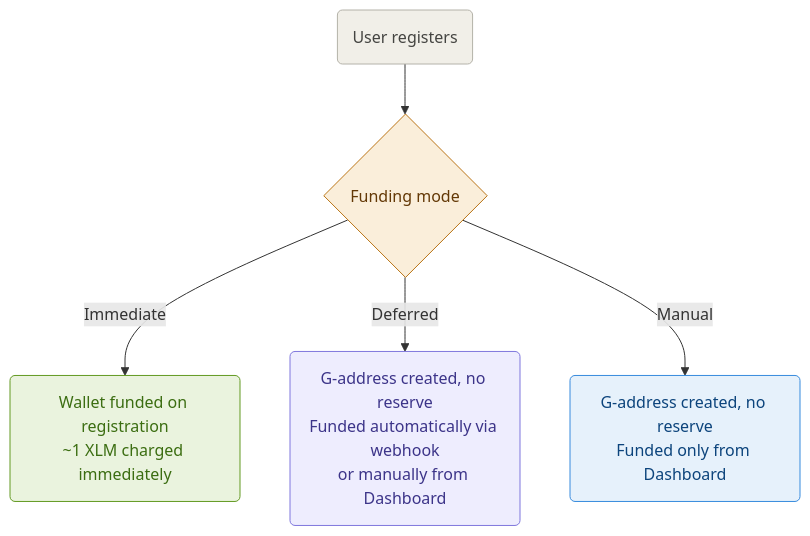
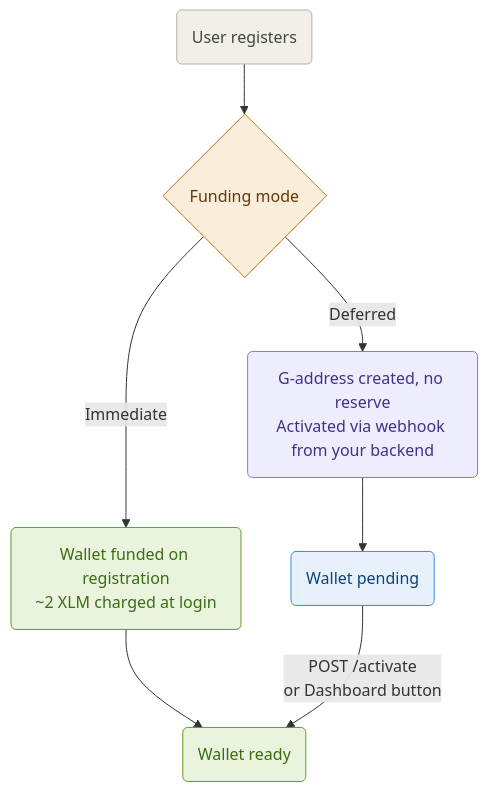
One commit to pollar-xyz/pollar-docs changed the diagram in docs/core-concepts/funding-modes.md. Above: the diagram before and after it, drawn with Mermaid. The commit also changed other lines of this file and 5 other files, not shown here.

````diff
--- a/docs/core-concepts/funding-modes.md
+++ b/docs/core-concepts/funding-modes.md
@@ -13,14 +13,17 @@
 ```mermaid
 flowchart TD
     A("User registers"):::neutral
     A --> B{"Funding mode"}:::decision
-    B -->|"Immediate"| C("Wallet funded on registration\n~1 XLM charged immediately"):::immediate
-    B -->|"Deferred"| D("G-address created, no reserve\nFunded automatically via webhook\nor manually from Dashboard"):::deferred
-    B -->|"Manual"| E("G-address created, no reserve\nFunded only from Dashboard"):::manual
+    B -->|"Immediate"| C("Wallet funded on registration\n~2 XLM charged at login"):::immediate
+    B -->|"Deferred"| D("G-address created, no reserve\nActivated via webhook from your backend"):::deferred
+    C --> E("Wallet ready"):::ready
+    D --> F("Wallet pending"):::pending
+    F -->|"POST /activate\nor Dashboard button"| E
 
     classDef neutral fill:#f1efe8,stroke:#b4b2a9,color:#444441
     classDef decision fill:#faeeda,stroke:#ba7517,color:#633806
     classDef immediate fill:#eaf3de,stroke:#639922,color:#3b6d11
     classDef deferred fill:#eeedfe,stroke:#7f77dd,color:#3c3489
-    classDef manual fill:#e6f1fb,stroke:#378add,color:#0c447c
+    classDef ready fill:#eaf3de,stroke:#639922,color:#3b6d11
+    classDef pending fill:#e6f1fb,stroke:#378add,color:#0c447c
 ```
````
